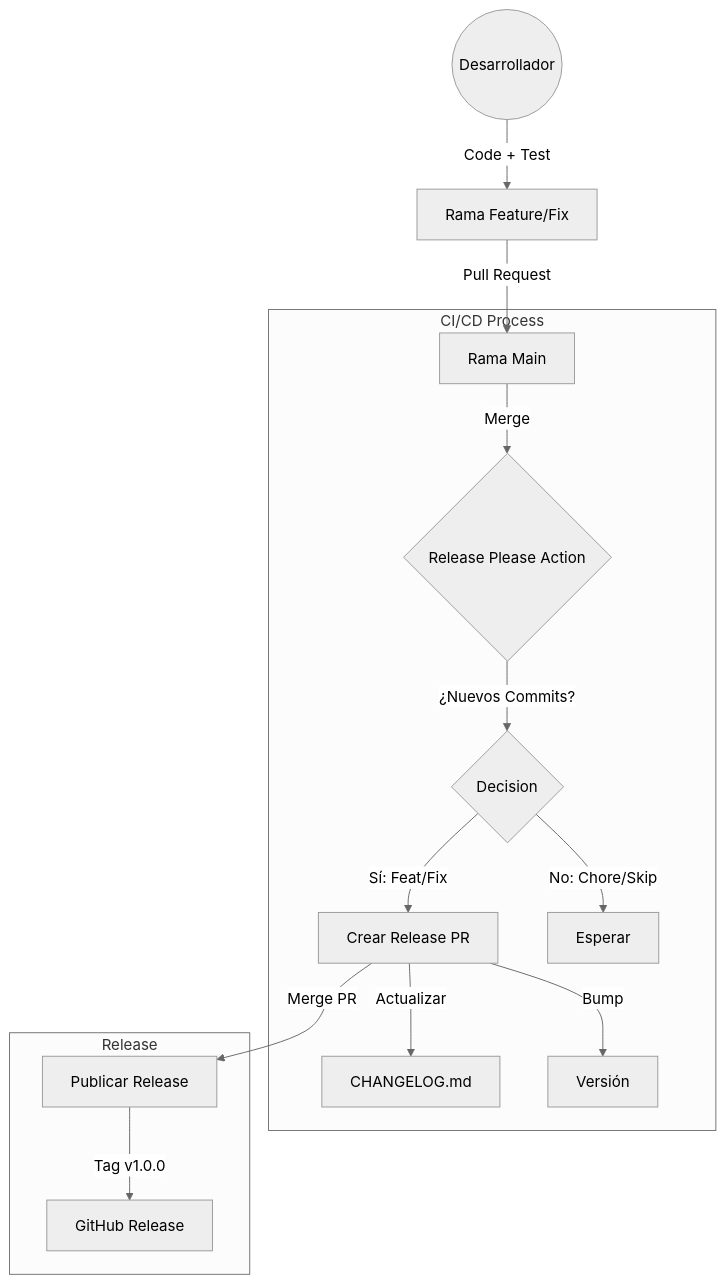
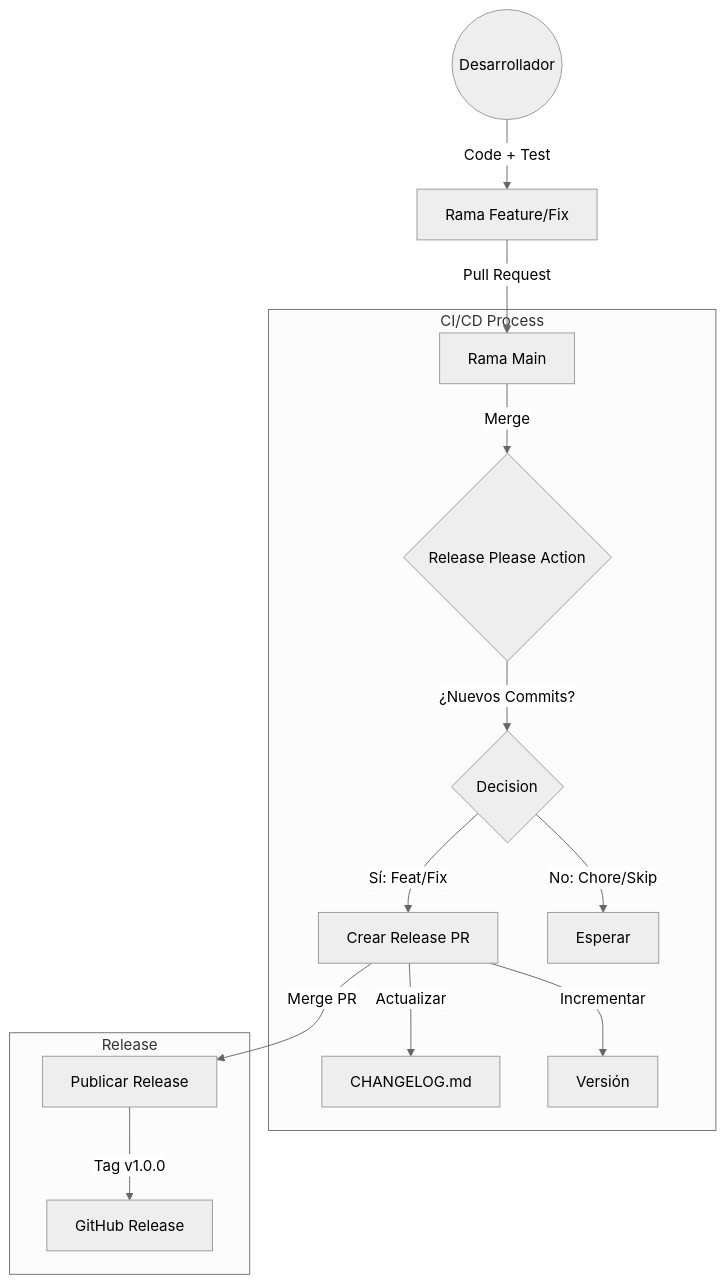
The diagram in docs/RELEASE_WORKFLOW.md (MartinM10/org-release-template), drawn with Mermaid (neutral theme) before and after one commit. The commit also changed other lines of this file and 2 other files, not shown here.

````diff
--- a/docs/RELEASE_WORKFLOW.md
+++ b/docs/RELEASE_WORKFLOW.md
@@ -7,21 +7,21 @@
 ```mermaid
 graph TD
     User((Desarrollador)) -->|Code + Test| FeatBranch[Rama Feature/Fix]
     FeatBranch -->|Pull Request| MainBranch[Rama Main]
     
     subgraph CI/CD Process
         MainBranch -->|Merge| ReleasePlease{Release Please Action}
         
         ReleasePlease -->|¿Nuevos Commits?| Decision{Decision}
         Decision -->|Sí: Feat/Fix| CreatePR[Crear Release PR]
         Decision -->|No: Chore/Skip| Wait[Esperar]
         
         CreatePR -->|Actualizar| Changelog[CHANGELOG.md]
-        CreatePR -->|Bump| Version[Versión]
+        CreatePR -->|Incrementar| Version[Versión]
     end
     
     subgraph Release
         CreatePR -->|Merge PR| Publish[Publicar Release]
         Publish -->|Tag v1.0.0| GitHub[GitHub Release]
     end
 ```
````
